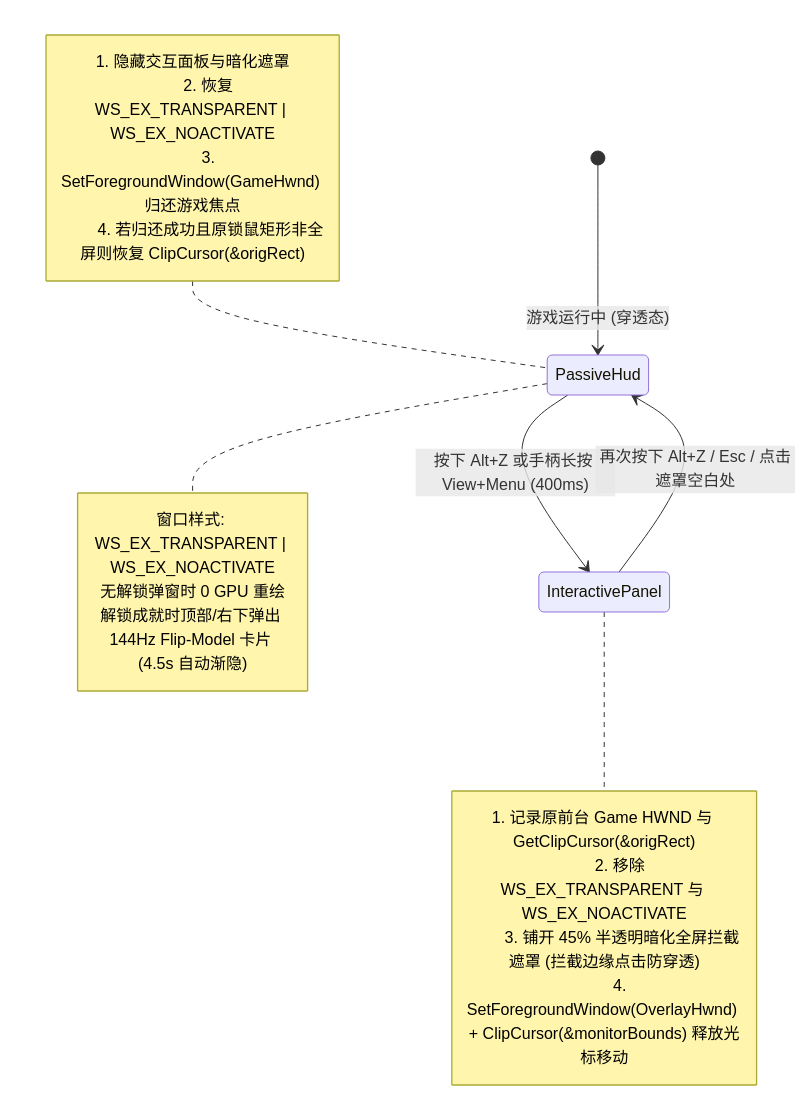
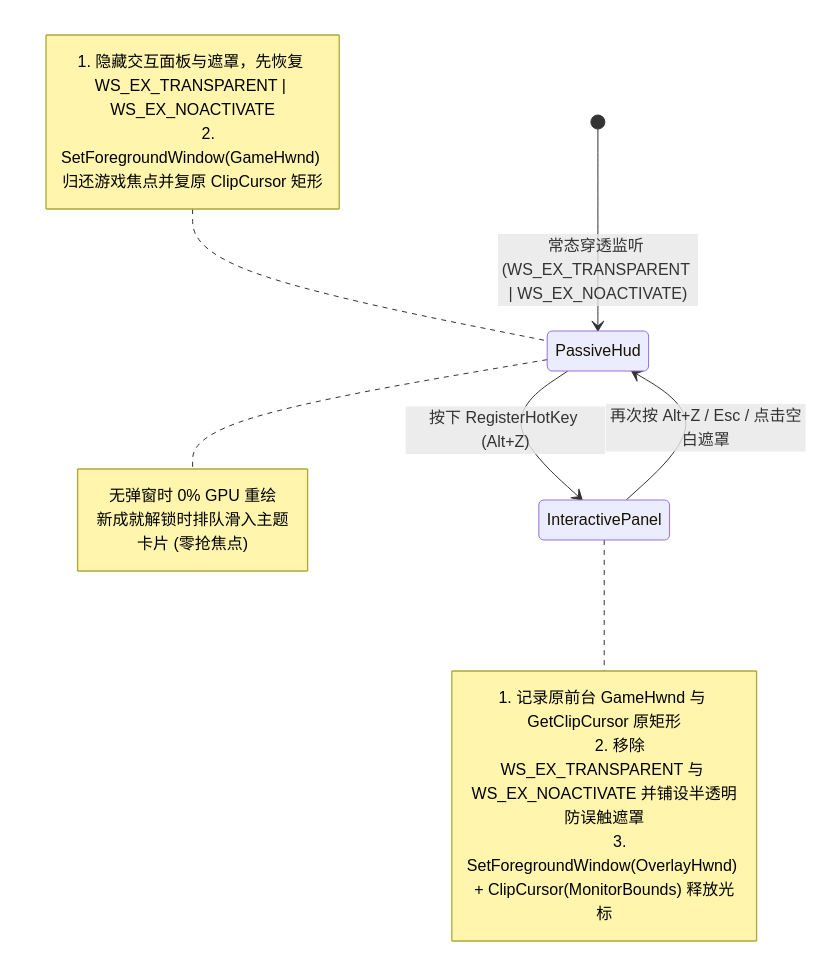
One commit to chialecode/spawn changed the third of 3 diagrams in docs/design/interaction-and-workflows.md. Above: the diagram before and after it, drawn with Mermaid. The commit also changed other lines of this file and 139 other files, not shown here.

````diff
--- a/docs/design/interaction-and-workflows.md
+++ b/docs/design/interaction-and-workflows.md
@@ -93,25 +105,21 @@
 ```mermaid
 stateDiagram-v2
-    [*] --> PassiveHud : 游戏运行中 (穿透态)
+    [*] --> PassiveHud : 常态穿透监听 (WS_EX_TRANSPARENT | WS_EX_NOACTIVATE)
     note right of PassiveHud
-        窗口样式: WS_EX_TRANSPARENT | WS_EX_NOACTIVATE
-        无解锁弹窗时 0 GPU 重绘
-        解锁成就时顶部/右下弹出 144Hz Flip-Model 卡片 (4.5s 自动渐隐)
+        无弹窗时 0% GPU 重绘
+        新成就解锁时排队滑入主题卡片 (零抢焦点)
     end note
 
-    PassiveHud --> InteractivePanel : 按下 Alt+Z 或手柄长按 View+Menu (400ms)
+    PassiveHud --> InteractivePanel : 按下 RegisterHotKey (Alt+Z)
     note right of InteractivePanel
-        1. 记录原前台 Game HWND 与 GetClipCursor(&origRect)
-        2. 移除 WS_EX_TRANSPARENT 与 WS_EX_NOACTIVATE
-        3. 铺开 45% 半透明暗化全屏拦截遮罩 (拦截边缘点击防穿透)
-        4. SetForegroundWindow(OverlayHwnd) + ClipCursor(&monitorBounds) 释放光标移动
+        1. 记录原前台 GameHwnd 与 GetClipCursor 原矩形
+        2. 移除 WS_EX_TRANSPARENT 与 WS_EX_NOACTIVATE 并铺设半透明防误触遮罩
+        3. SetForegroundWindow(OverlayHwnd) + ClipCursor(MonitorBounds) 释放光标
     end note
 
-    InteractivePanel --> PassiveHud : 再次按下 Alt+Z / Esc / 点击遮罩空白处
+    InteractivePanel --> PassiveHud : 再次按 Alt+Z / Esc / 点击空白遮罩
     note left of PassiveHud
-        1. 隐藏交互面板与暗化遮罩
-        2. 恢复 WS_EX_TRANSPARENT | WS_EX_NOACTIVATE
-        3. SetForegroundWindow(GameHwnd) 归还游戏焦点
-        4. 若归还成功且原锁鼠矩形非全屏则恢复 ClipCursor(&origRect)
+        1. 隐藏交互面板与遮罩，先恢复 WS_EX_TRANSPARENT | WS_EX_NOACTIVATE
+        2. SetForegroundWindow(GameHwnd) 归还游戏焦点并复原 ClipCursor 矩形
     end note
 ```
````
